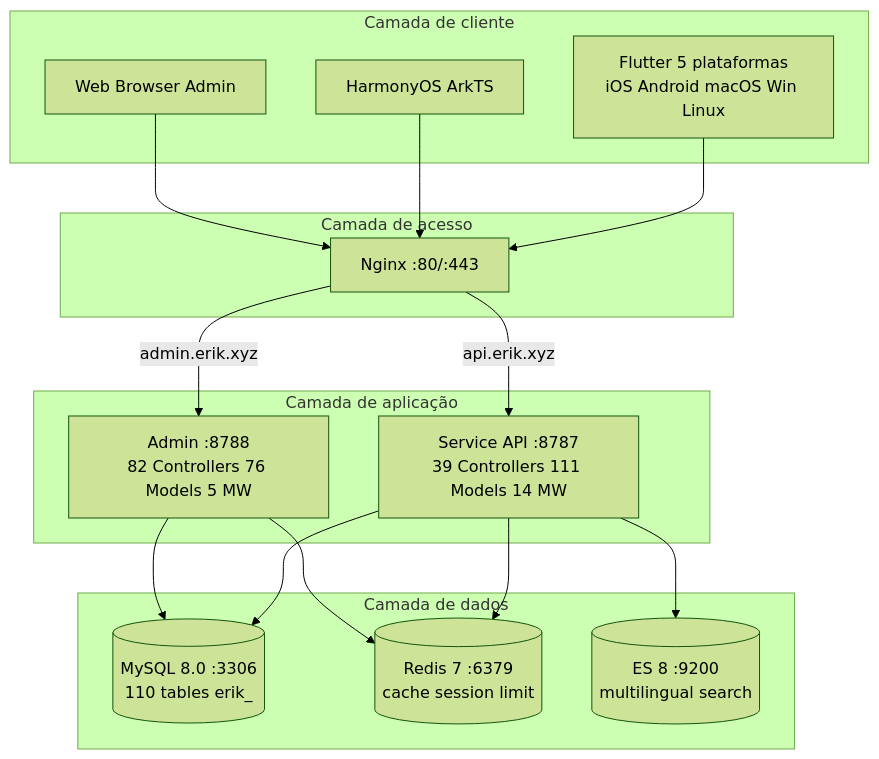
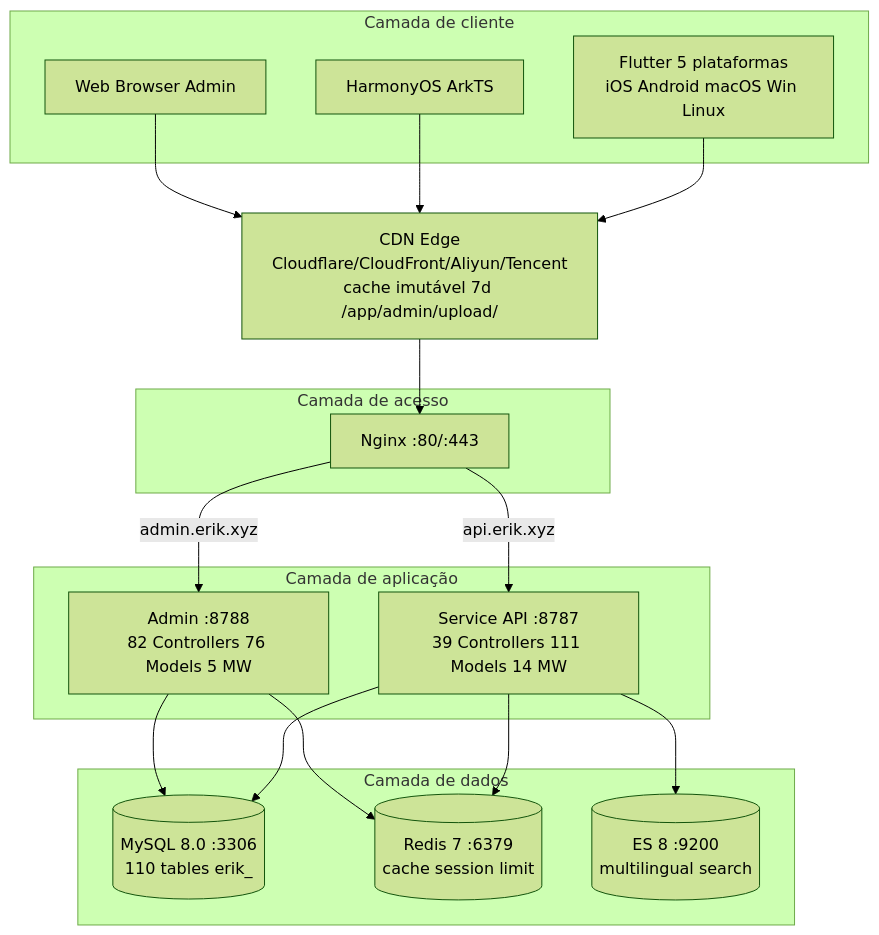
The first of 6 diagrams in docs/i18n/pt/architecture-full.md (erikwang2013/erik-shop), drawn with Mermaid (forest theme) before and after one commit. The commit also changed other lines of this file and 191 other files, not shown here.

First line of the commit message:
v1.2.0：CDN 内容分发接入（Origin-Pull 回源 + 四大云厂商适配 + 管理端配置/刷新/日志 + 上传持久化 + 全文档与12语言i18n同步 + Crypto 捐赠图文入库）

````diff
--- a/docs/i18n/pt/architecture-full.md
+++ b/docs/i18n/pt/architecture-full.md
@@ -38,30 +38,30 @@
 ```mermaid
 graph TD
     subgraph Clients[Camada de cliente]
         F[Flutter 5 plataformas<br/>iOS Android macOS Win Linux]
         H[HarmonyOS ArkTS]
         W[Web Browser Admin]
     end
+    C[CDN Edge<br/>Cloudflare/CloudFront/Aliyun/Tencent<br/>cache imutável 7d /app/admin/upload/]
     subgraph Gateway[Camada de acesso]
         N[Nginx :80/:443]
     end
     subgraph Apps[Camada de aplicação]
         S[Service API :8787<br/>39 Controllers 111 Models 14 MW]
         A[Admin :8788<br/>82 Controllers 76 Models 5 MW]
     end
     subgraph Data[Camada de dados]
         M[(MySQL 8.0 :3306<br/>110 tables erik_)]
         R[(Redis 7 :6379<br/>cache session limit)]
         E[(ES 8 :9200<br/>multilingual search)]
     end
-    F --> N
-    H --> N
-    W --> N
+    F & H & W --> C
+    C --> N
     N -->|api.erik.xyz| S
     N -->|admin.erik.xyz| A
     S --> M
     S --> R
     S --> E
     A --> M
     A --> R
 ```
````
